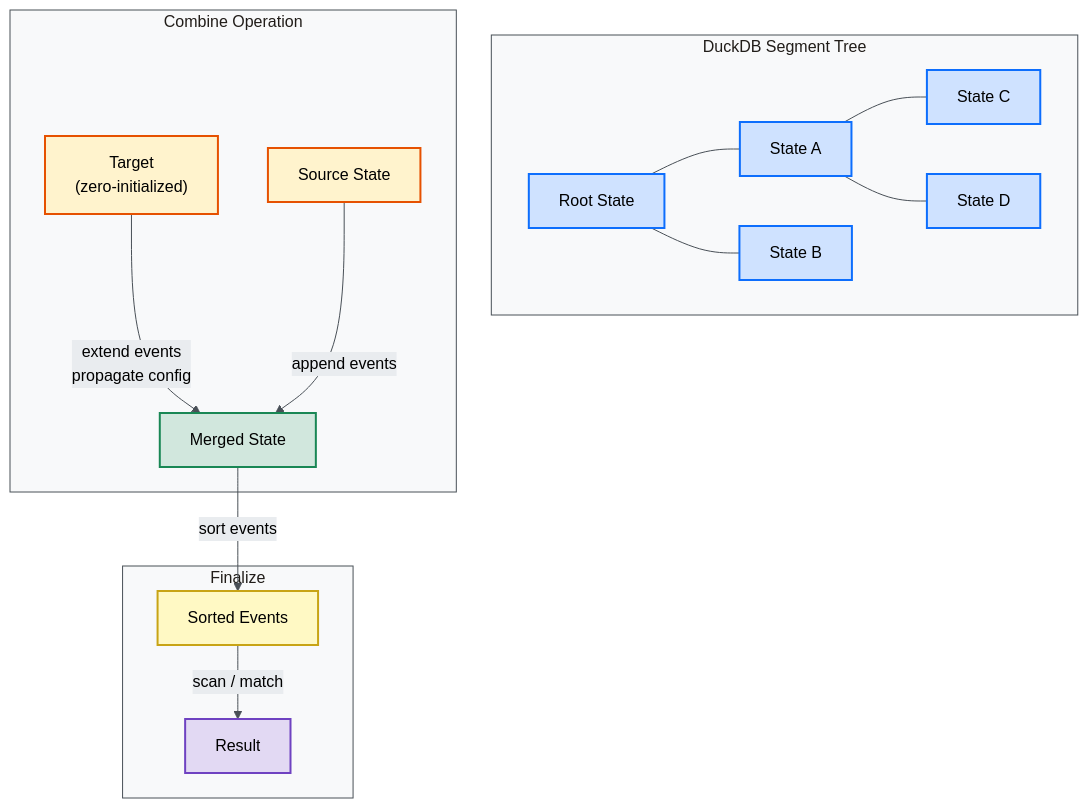
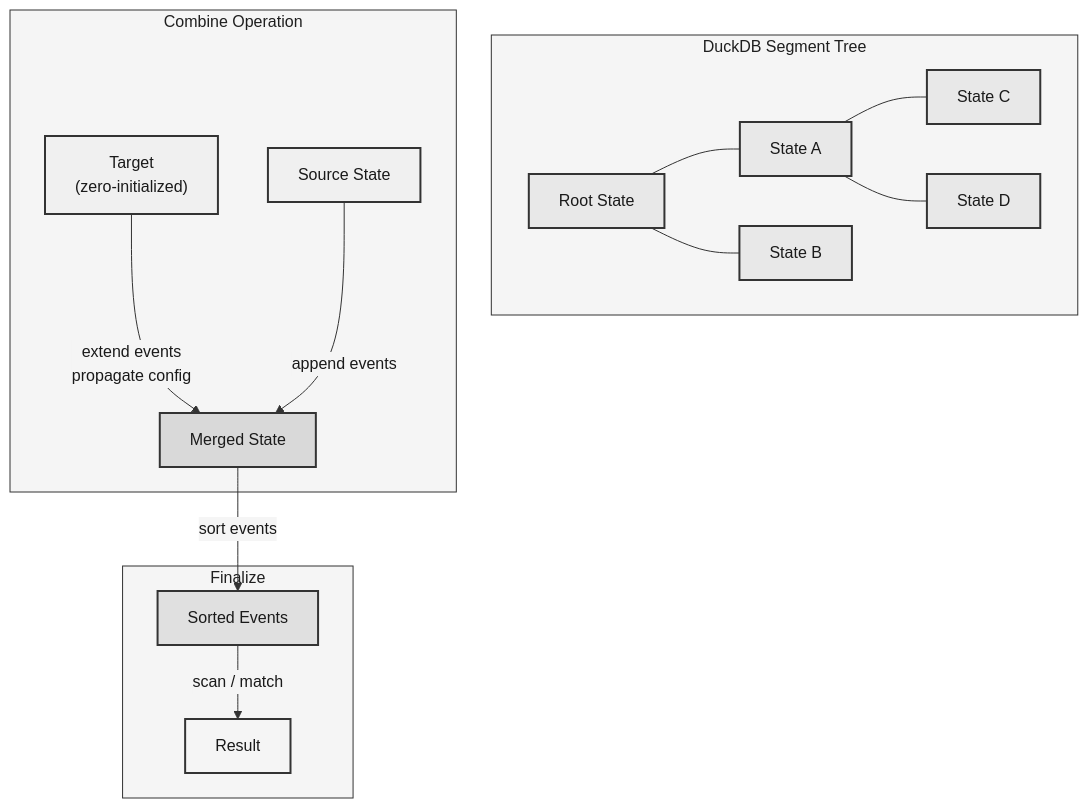
Before and after one commit to tomtom215/duckdb-behavioral: the second of 2 diagrams in docs/src/internals/architecture.md, drawn with Mermaid. The commit also changed other lines of this file and 16 other files, not shown here.

First line of the commit message:
Enterprise quality: 23 new tests (411→434), Mermaid grayscale, doc updates

````diff
--- a/docs/src/internals/architecture.md
+++ b/docs/src/internals/architecture.md
@@ -185,36 +185,36 @@
 ```mermaid
-%%{init: {'theme': 'base', 'themeVariables': {'primaryColor': '#f8f9fa', 'primaryTextColor': '#000000', 'primaryBorderColor': '#495057', 'lineColor': '#495057', 'secondaryColor': '#e9ecef', 'tertiaryColor': '#dee2e6', 'textColor': '#000000', 'clusterBkg': '#f8f9fa', 'clusterBorder': '#495057'}}}%%
+%%{init: {'theme': 'base', 'themeVariables': {'primaryColor': '#ffffff', 'primaryTextColor': '#1a1a1a', 'primaryBorderColor': '#333333', 'lineColor': '#333333', 'secondaryColor': '#f5f5f5', 'tertiaryColor': '#e0e0e0', 'textColor': '#1a1a1a', 'clusterBkg': '#f5f5f5', 'clusterBorder': '#333333'}}}%%
 flowchart TB
     subgraph "DuckDB Segment Tree"
         R["Root State"]
         L1["State A"]
         L2["State B"]
         L3["State C"]
         L4["State D"]
         R --- L1 & L2
         L1 --- L3 & L4
     end
 
     subgraph "Combine Operation"
         T["Target<br/>(zero-initialized)"]
         S["Source State"]
         T -->|"extend events<br/>propagate config"| M["Merged State"]
         S -->|"append events"| M
     end
 
     subgraph "Finalize"
         M -->|"sort events"| SORT["Sorted Events"]
         SORT -->|"scan / match"| OUT["Result"]
     end
 
-    style R fill:#cfe2ff,stroke:#0d6efd,stroke-width:2px,color:#000000
-    style L1 fill:#cfe2ff,stroke:#0d6efd,stroke-width:2px,color:#000000
-    style L2 fill:#cfe2ff,stroke:#0d6efd,stroke-width:2px,color:#000000
-    style L3 fill:#cfe2ff,stroke:#0d6efd,stroke-width:2px,color:#000000
-    style L4 fill:#cfe2ff,stroke:#0d6efd,stroke-width:2px,color:#000000
-    style T fill:#fff3cd,stroke:#e65100,stroke-width:2px,color:#000000
-    style S fill:#fff3cd,stroke:#e65100,stroke-width:2px,color:#000000
-    style M fill:#d1e7dd,stroke:#198754,stroke-width:2px,color:#000000
-    style SORT fill:#fff9c4,stroke:#c8a415,stroke-width:2px,color:#000000
-    style OUT fill:#e2d9f3,stroke:#6f42c1,stroke-width:2px,color:#000000
+    style R fill:#e8e8e8,stroke:#333333,stroke-width:2px,color:#1a1a1a
+    style L1 fill:#e8e8e8,stroke:#333333,stroke-width:2px,color:#1a1a1a
+    style L2 fill:#e8e8e8,stroke:#333333,stroke-width:2px,color:#1a1a1a
+    style L3 fill:#e8e8e8,stroke:#333333,stroke-width:2px,color:#1a1a1a
+    style L4 fill:#e8e8e8,stroke:#333333,stroke-width:2px,color:#1a1a1a
+    style T fill:#f0f0f0,stroke:#333333,stroke-width:2px,color:#1a1a1a
+    style S fill:#f0f0f0,stroke:#333333,stroke-width:2px,color:#1a1a1a
+    style M fill:#d9d9d9,stroke:#333333,stroke-width:2px,color:#1a1a1a
+    style SORT fill:#e0e0e0,stroke:#333333,stroke-width:2px,color:#1a1a1a
+    style OUT fill:#f5f5f5,stroke:#333333,stroke-width:2px,color:#1a1a1a
 ```
````
